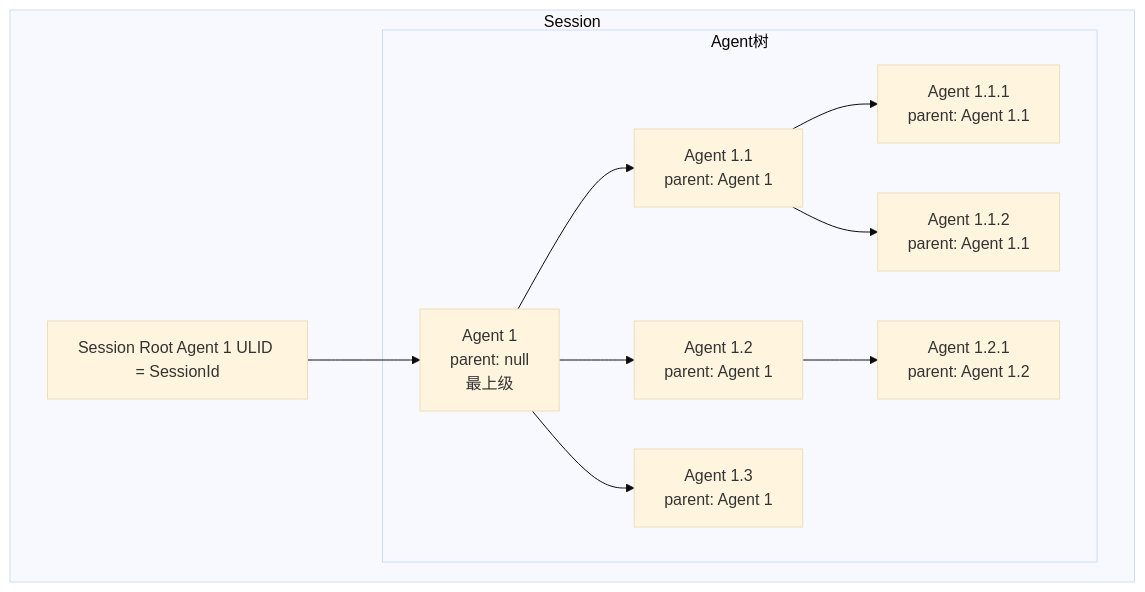
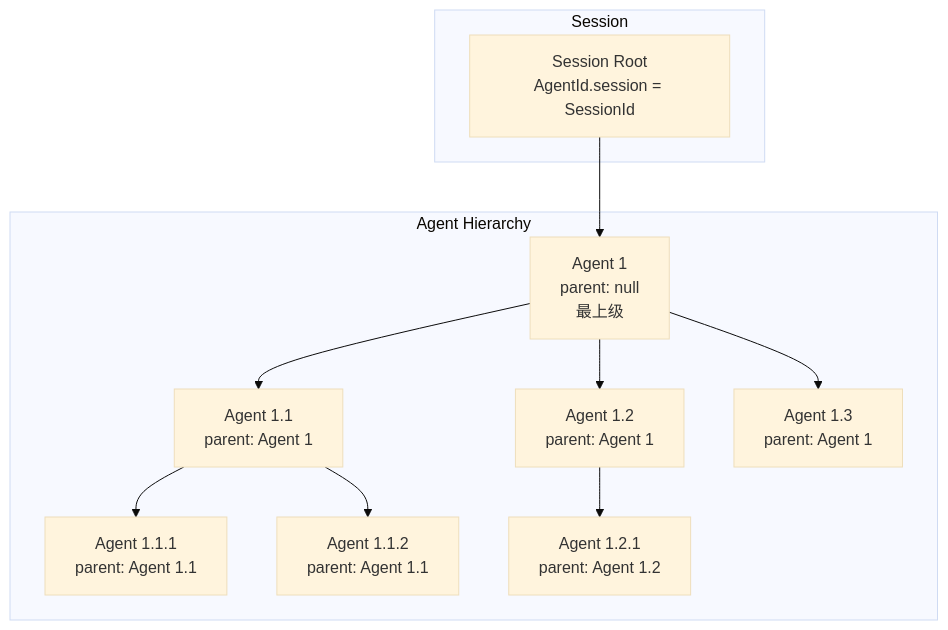
One commit to MiyakoMeow/neco changed the second of 5 diagrams in progress/TECH-AGENT.md. Above: the diagram before and after it, drawn with Mermaid (base theme). The commit also changed other lines of this file and 11 other files, not shown here.

````diff
--- a/progress/TECH-AGENT.md
+++ b/progress/TECH-AGENT.md
@@ -48,35 +53,24 @@
 ```mermaid
 graph TB
     subgraph "Session"
-        S[Session Root Agent 1 ULID = SessionId]
-        
-        subgraph "Agent树"
-            A1[Agent 1
-               parent: null
-               最上级]
-            
-            A2[Agent 1.1
-               parent: Agent 1]
-            A3[Agent 1.2
-               parent: Agent 1]
-            A4[Agent 1.3
-               parent: Agent 1]
-            
-            A5[Agent 1.1.1
-               parent: Agent 1.1]
-            A6[Agent 1.1.2
-               parent: Agent 1.1]
-            
-            A7[Agent 1.2.1
-               parent: Agent 1.2]
-        end
+        S[Session Root<br/>AgentId.session = SessionId]
+    end
+    
+    subgraph "Agent Hierarchy"
+        A1[Agent 1<br/>parent: null<br/>最上级]
+        A2[Agent 1.1<br/>parent: Agent 1]
+        A3[Agent 1.2<br/>parent: Agent 1]
+        A4[Agent 1.3<br/>parent: Agent 1]
+        A5[Agent 1.1.1<br/>parent: Agent 1.1]
+        A6[Agent 1.1.2<br/>parent: Agent 1.1]
+        A7[Agent 1.2.1<br/>parent: Agent 1.2]
     end
     
     S --> A1
     A1 --> A2
     A1 --> A3
     A1 --> A4
     A2 --> A5
     A2 --> A6
     A3 --> A7
 ```
````
